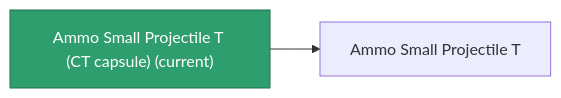
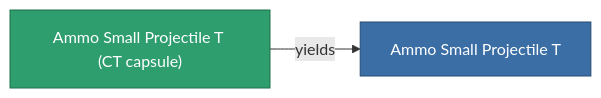
The diagram in content/content/items/ammo_small_projectile_t_CT_capsule.md (OpenPerpetuum/Wiki), drawn with Mermaid before and after one commit. The commit also changed other lines of this file and 2015 other files, not shown here.

````diff
--- a/content/content/items/ammo_small_projectile_t_CT_capsule.md
+++ b/content/content/items/ammo_small_projectile_t_CT_capsule.md
@@ -33,8 +33,9 @@
 ```mermaid
 graph LR
-    a["Ammo Small Projectile T (CT capsule) (current)"]:::current
-    b["Ammo Small Projectile T"]
-    a --> b
-    click b "/content/items/ammo-small-projectile-t/" "Ammo Small Projectile T"
+    a["Ammo Small Projectile T (CT capsule)"]:::current
+    b["Ammo Small Projectile T"]:::finished
+    a -->|yields| b
+                click b "/content/items/ammo-small-projectile-t/" "Ammo Small Projectile T"
     classDef current fill:#2f9e6f,stroke:#1f6f4a,color:#ffffff
+    classDef finished fill:#3b6ea5,stroke:#274a75,color:#ffffff
 ```
````
